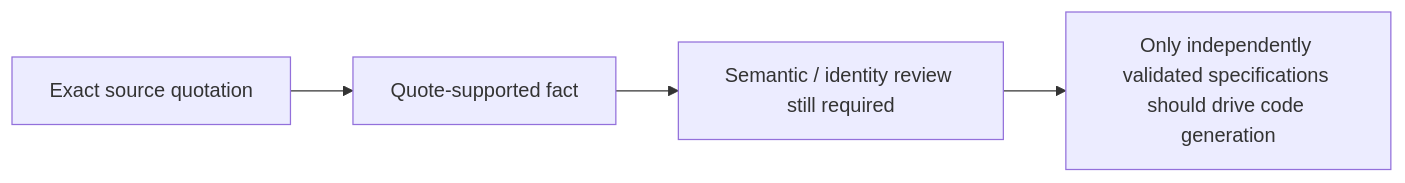
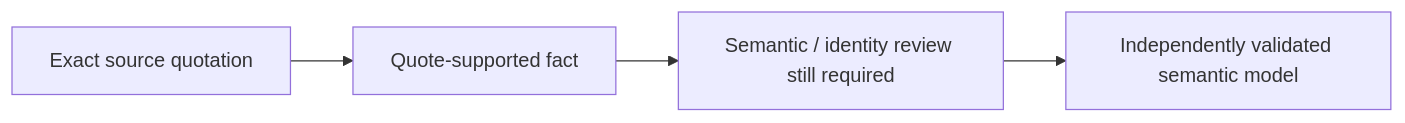
Before and after one commit to witold-k/aiagents: the fifth of 9 diagrams in docs/architecture_diagrams.md, drawn with Mermaid. The commit also changed other lines of this file and 33 other files, not shown here.

````diff
--- a/docs/architecture_diagrams.md
+++ b/docs/architecture_diagrams.md
@@ -72,6 +75,6 @@
 ```mermaid
 flowchart LR
     Q["Exact source quotation"] --> S["Quote-supported fact"]
     S --> M["Semantic / identity review still required"]
-    M --> V["Only independently validated specifications should drive code generation"]
+    M --> V["Independently validated semantic model"]
 ```
````
